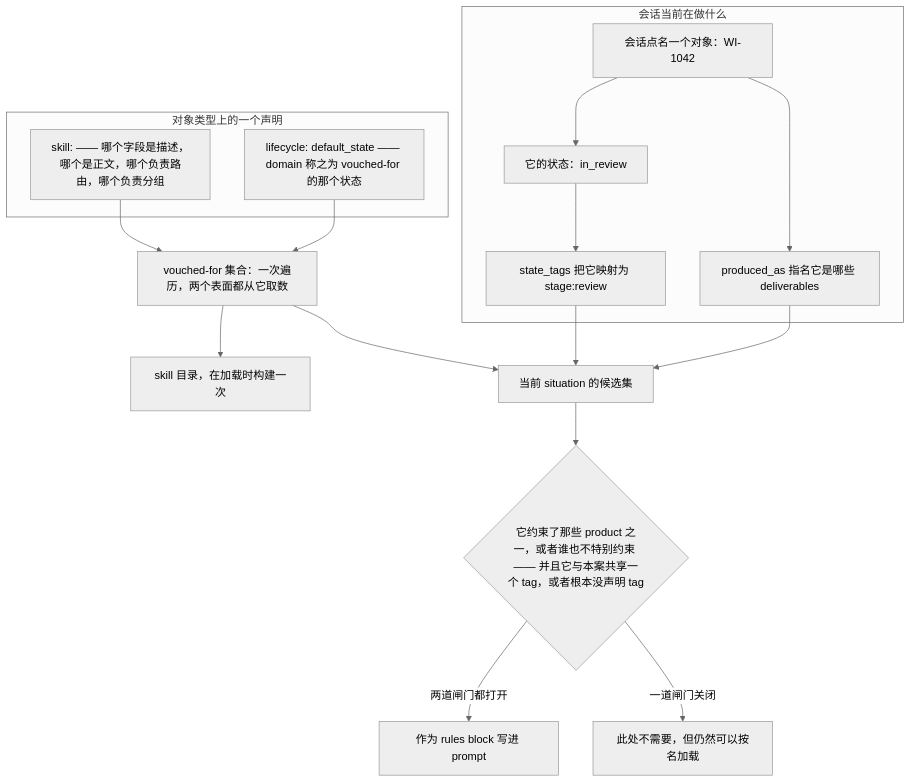
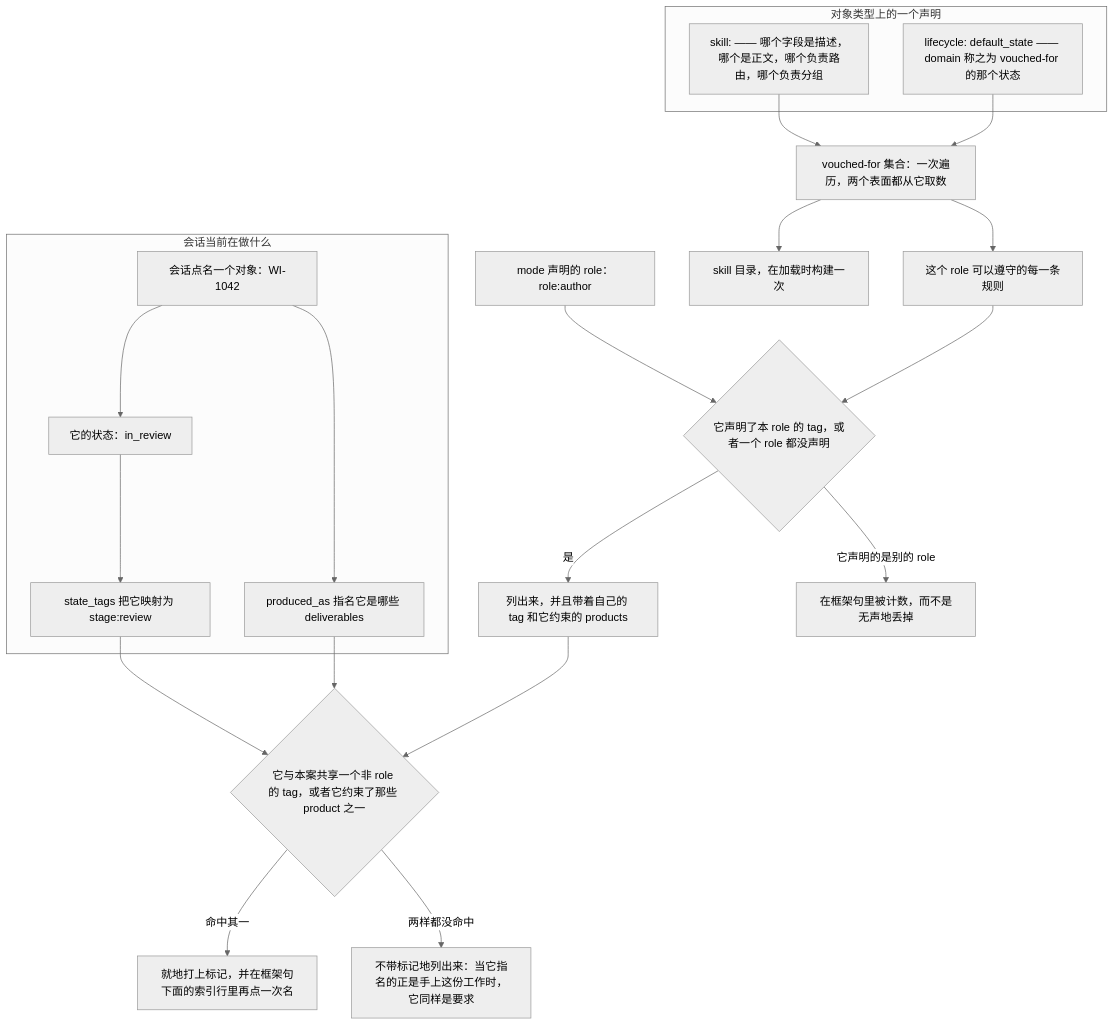
Before and after one commit to zhangcun1995521/deepwork: the third of 4 diagrams in docs/architecture.zh.md, drawn with Mermaid (neutral theme). The commit also changed other lines of this file and 11 other files, not shown here.

````diff
--- a/docs/architecture.zh.md
+++ b/docs/architecture.zh.md
@@ -134,29 +134,34 @@
 ```mermaid
 flowchart TB
   subgraph declared["对象类型上的一个声明"]
     skill["skill: —— 哪个字段是描述，哪个是正文，哪个负责路由，哪个负责分组"]
     life["lifecycle: default_state —— domain 称之为 vouched-for 的那个状态"]
   end
 
   vouched["vouched-for 集合：一次遍历，两个表面都从它取数"]
   skill --> vouched
   life --> vouched
   vouched --> catalog["skill 目录，在加载时构建一次"]
-  vouched --> pool["当前 situation 的候选集"]
+  vouched --> pool["这个 role 可以遵守的每一条规则"]
 
   subgraph session["会话当前在做什么"]
     named["会话点名一个对象：WI-1042"]
     state["它的状态：in_review"]
     tag["state_tags 把它映射为 stage:review"]
     product["produced_as 指名它是哪些 deliverables"]
     named --> state
     state --> tag
     named --> product
   end
 
-  tag --> pool
-  product --> pool
-  pool --> gates{"它约束了那些 product 之一，或者谁也不特别约束 —— 并且它与本案共享一个 tag，或者根本没声明 tag"}
-  gates -->|"两道闸门都打开"| injected["作为 rules block 写进 prompt"]
-  gates -->|"一道闸门关闭"| held["此处不需要，但仍然可以按名加载"]
+  statedRole["mode 声明的 role：role:author"]
+  pool --> roleGate{"它声明了本 role 的 tag，或者一个 role 都没声明"}
+  statedRole --> roleGate
+  roleGate -->|"是"| listed["列出来，并且带着自己的 tag 和它约束的 products"]
+  roleGate -->|"它声明的是别的 role"| other["在框架句里被计数，而不是无声地丢掉"]
+  listed --> mark{"它与本案共享一个非 role 的 tag，或者它约束了那些 product 之一"}
+  tag --> mark
+  product --> mark
+  mark -->|"命中其一"| marked["就地打上标记，并在框架句下面的索引行里再点一次名"]
+  mark -->|"两样都没命中"| unmarked["不带标记地列出来：当它指名的正是手上这份工作时，它同样是要求"]
 ```
````
